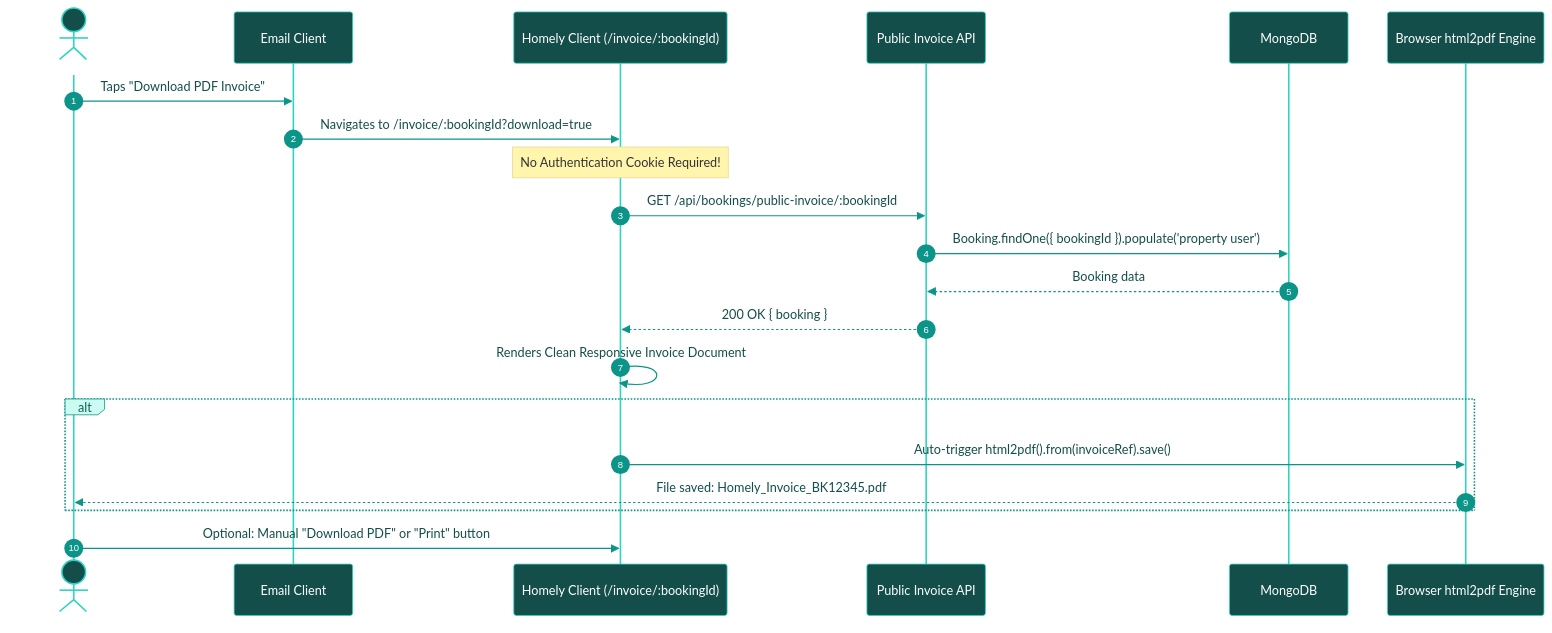
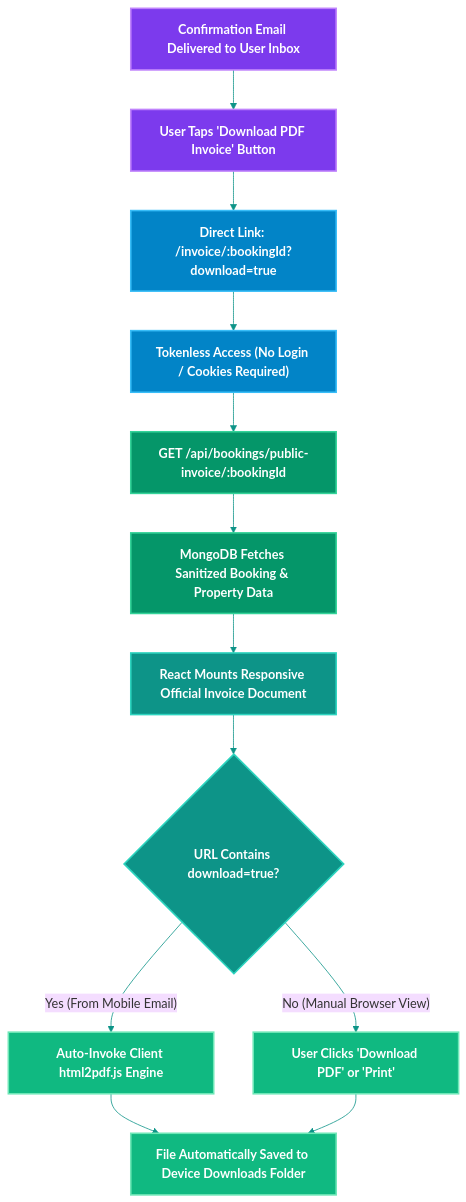
Before and after one commit to m4nish-dev/homely: the fifth of 6 diagrams in README.md, drawn with Mermaid. The commit also changed other lines of this file, not shown here.

Commit message:
docs: replace sequence diagrams with vibrant, high-contrast workflow flowcharts for clear visibility

````diff
--- a/README.md
+++ b/README.md
@@ -285,44 +213,21 @@
 ```mermaid
-%%{init: {
-  'theme': 'base',
-  'themeVariables': {
-    'primaryColor': '#0d9488',
-    'primaryTextColor': '#ffffff',
-    'primaryBorderColor': '#0f766e',
-    'actorBkg': '#134e4a',
-    'actorBorder': '#2dd4bf',
-    'actorTextColor': '#ffffff',
-    'actorLineColor': '#2dd4bf',
-    'signalColor': '#0d9488',
-    'signalTextColor': '#134e4a',
-    'labelBoxBkgColor': '#ccfbf1',
-    'labelBoxBorderColor': '#0d9488',
-    'labelTextColor': '#115e59',
-    'activationBorderColor': '#0d9488',
-    'activationBkgColor': '#99f6e4',
-    'sequenceNumberColor': '#ffffff'
-  }
-}}%%
-sequenceDiagram
-    autonumber
-    actor User as Mobile or Desktop User
-    participant Email as Email Client
-    participant WebApp as Homely Client (/invoice/:bookingId)
-    participant PublicAPI as Public Invoice API
-    participant DB as MongoDB
-    participant html2pdf as Browser html2pdf Engine
+%%{init: {'theme': 'base', 'themeVariables': {'lineColor': '#0d9488', 'textColor': '#ffffff'}}}%%
+flowchart TD
+    classDef mailNode fill:#7c3aed,stroke:#c084fc,stroke-width:2px,color:#ffffff,font-weight:bold;
+    classDef routeNode fill:#0284c7,stroke:#38bdf8,stroke-width:2px,color:#ffffff,font-weight:bold;
+    classDef apiNode fill:#059669,stroke:#34d399,stroke-width:2px,color:#ffffff,font-weight:bold;
+    classDef renderNode fill:#0d9488,stroke:#2dd4bf,stroke-width:2px,color:#ffffff,font-weight:bold;
+    classDef pdfNode fill:#10b981,stroke:#6ee7b7,stroke-width:2px,color:#ffffff,font-weight:bold;
 
-    User->>Email: Taps "Download PDF Invoice"
-    Email->>WebApp: Navigates to /invoice/:bookingId?download=true
-    Note over WebApp: No Authentication Cookie Required!
-    WebApp->>PublicAPI: GET /api/bookings/public-invoice/:bookingId
-    PublicAPI->>DB: Booking.findOne({ bookingId }).populate('property user')
-    DB-->>PublicAPI: Booking data
-    PublicAPI-->>WebApp: 200 OK { booking }
-    WebApp->>WebApp: Renders Clean Responsive Invoice Document
-    alt URL contains ?download=true
-        WebApp->>html2pdf: Auto-trigger html2pdf().from(invoiceRef).save()
-        html2pdf-->>User: File saved: Homely_Invoice_BK12345.pdf
-    end
-    User->>WebApp: Optional: Manual "Download PDF" or "Print" button
+    A["Confirmation Email Delivered to User Inbox"]:::mailNode --> B["User Taps 'Download PDF Invoice' Button"]:::mailNode
+    B --> C["Direct Link: /invoice/:bookingId?download=true"]:::routeNode
+    C --> D["Tokenless Access (No Login / Cookies Required)"]:::routeNode
+    D --> E["GET /api/bookings/public-invoice/:bookingId"]:::apiNode
+    E --> F["MongoDB Fetches Sanitized Booking & Property Data"]:::apiNode
+    F --> G["React Mounts Responsive Official Invoice Document"]:::renderNode
+    G --> H{"URL Contains download=true?"}:::renderNode
+    H -- "Yes (From Mobile Email)" --> I["Auto-Invoke Client html2pdf.js Engine"]:::pdfNode
+    H -- "No (Manual Browser View)" --> J["User Clicks 'Download PDF' or 'Print'"]:::pdfNode
+    I --> K["File Automatically Saved to Device Downloads Folder"]:::pdfNode
+    J --> K
 ```
````
